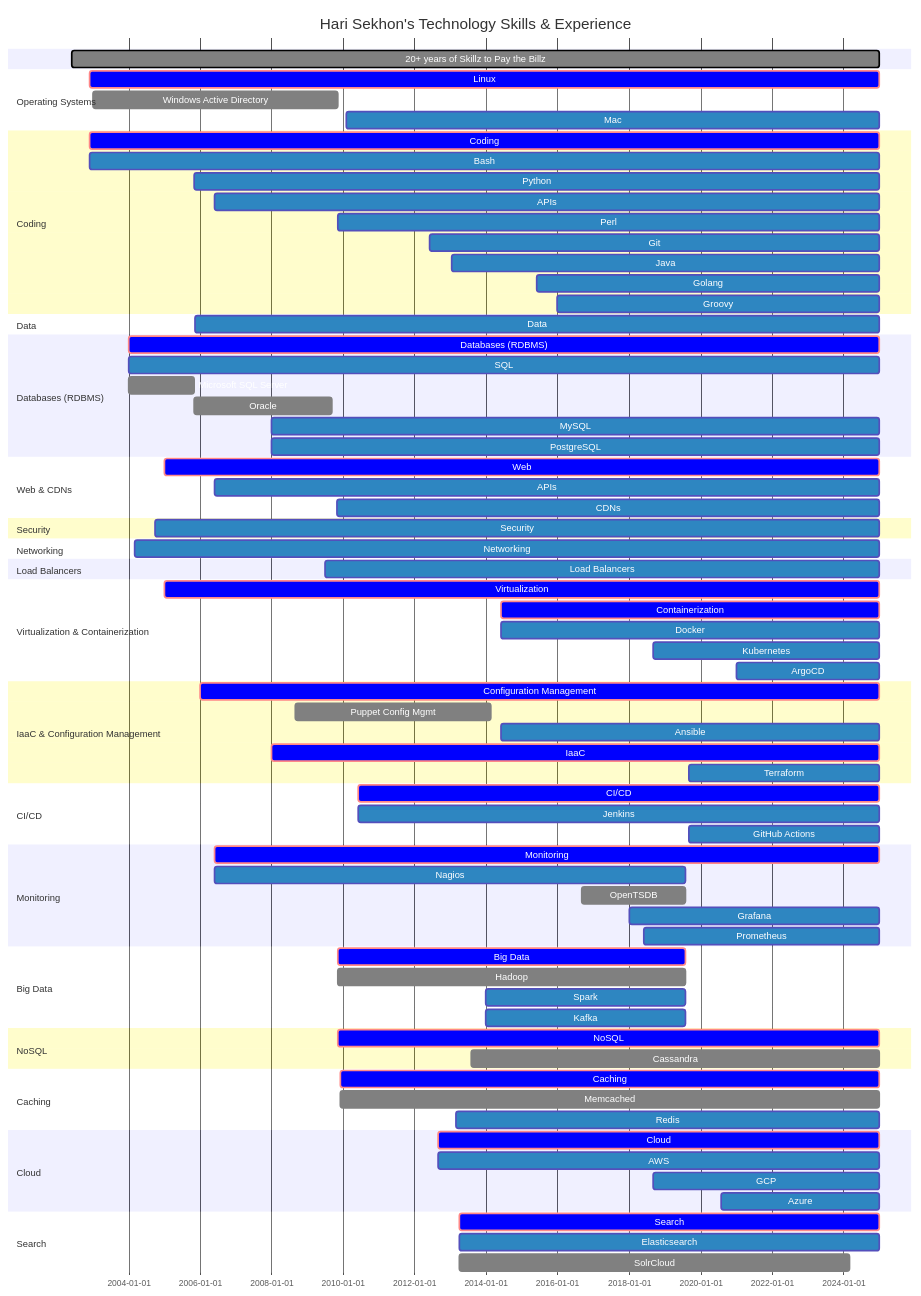
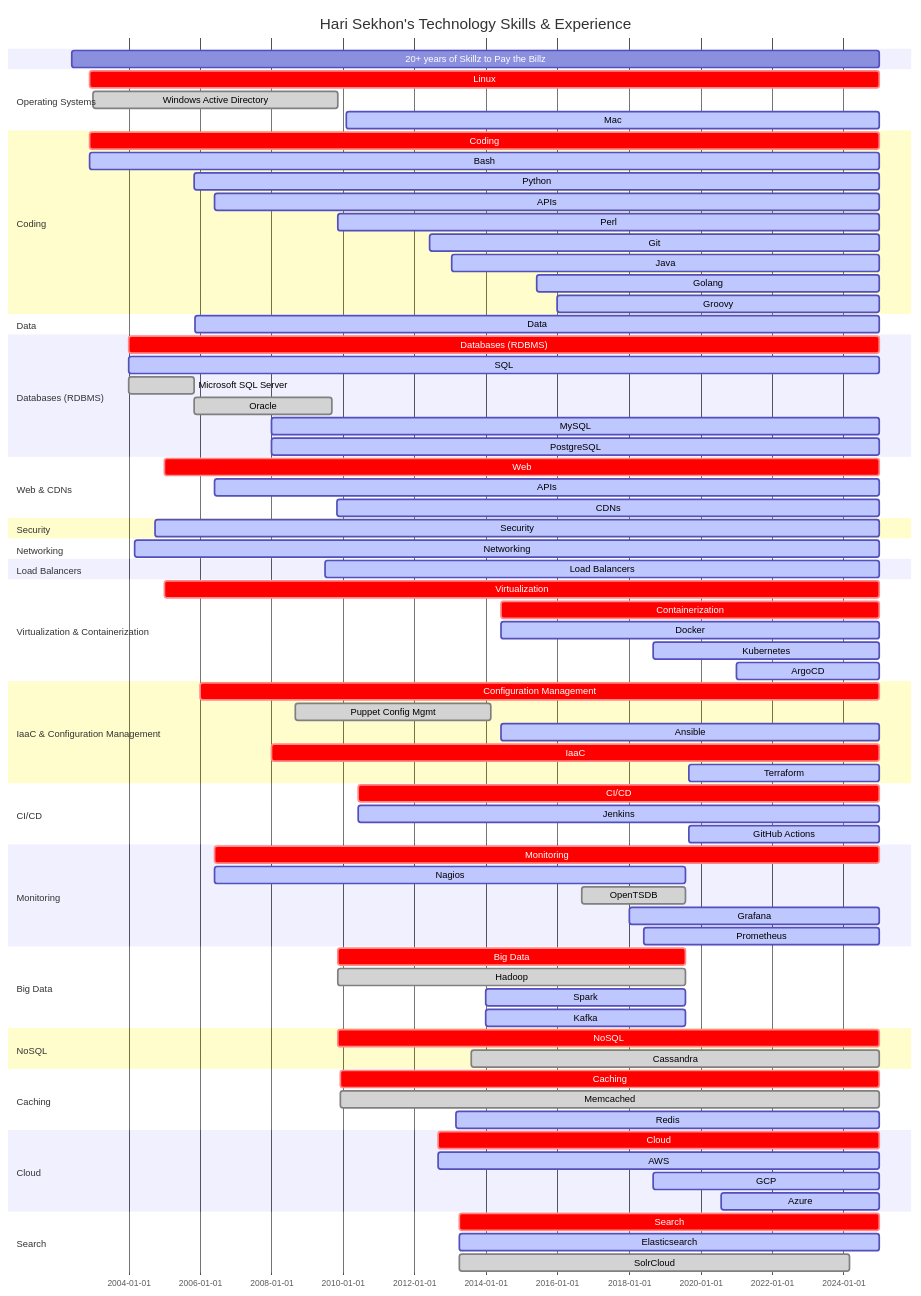
Before and after one commit to HariSekhon/HariSekhon: the diagram in README.md, drawn with Mermaid.

```diff
--- a/README.md
+++ b/README.md
@@ -282,14 +282,13 @@
         'theme': 'default',
         'themeVariables': {
           'activeTaskBkgColor': '#2e86c1',
+          'critBkgColor': 'blue'
+          'doneTaskBkgColor': 'grey',
+          'taskBkgColor': 'grey',
           'taskBorderColor': 'black',
-          'taskTextColor': 'black',
-          'taskBkgColor': 'grey',
-          'doneTaskBkgColor': 'grey',
+          'taskTextColor': 'white',
           'taskTextDarkColor': 'white',
           'taskTextLightColor': 'black',
-          'taskTextColor': 'white',
-          'critBkgColor': 'blue'
         }
     }
 }%%
```
